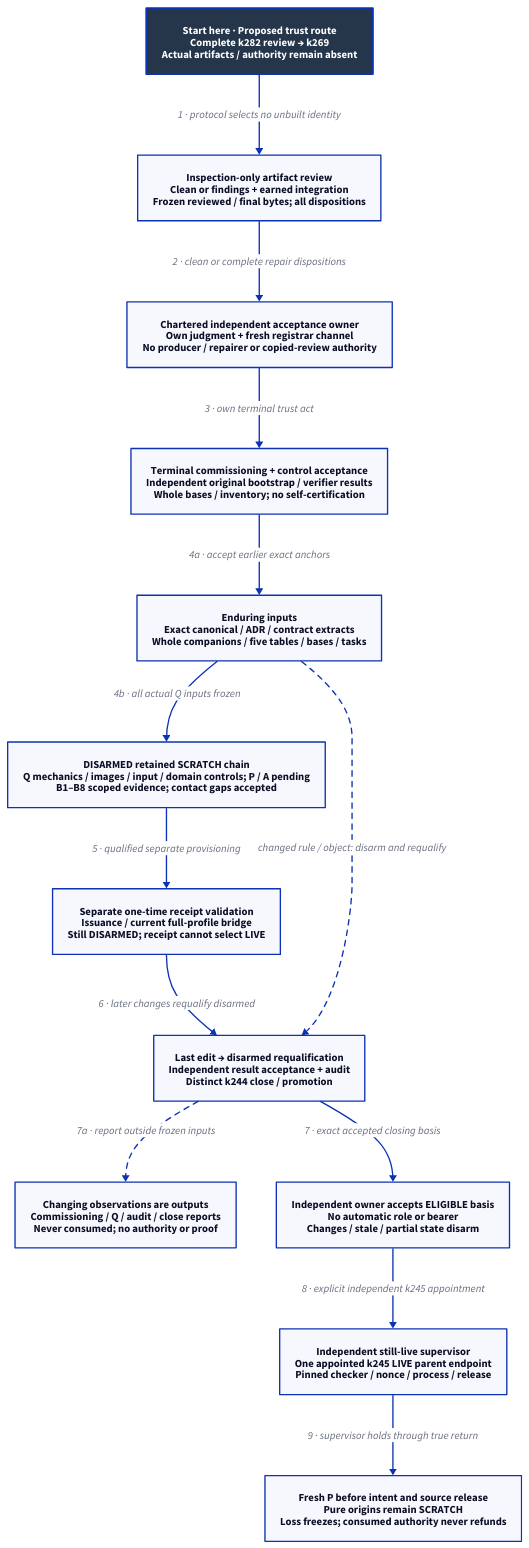
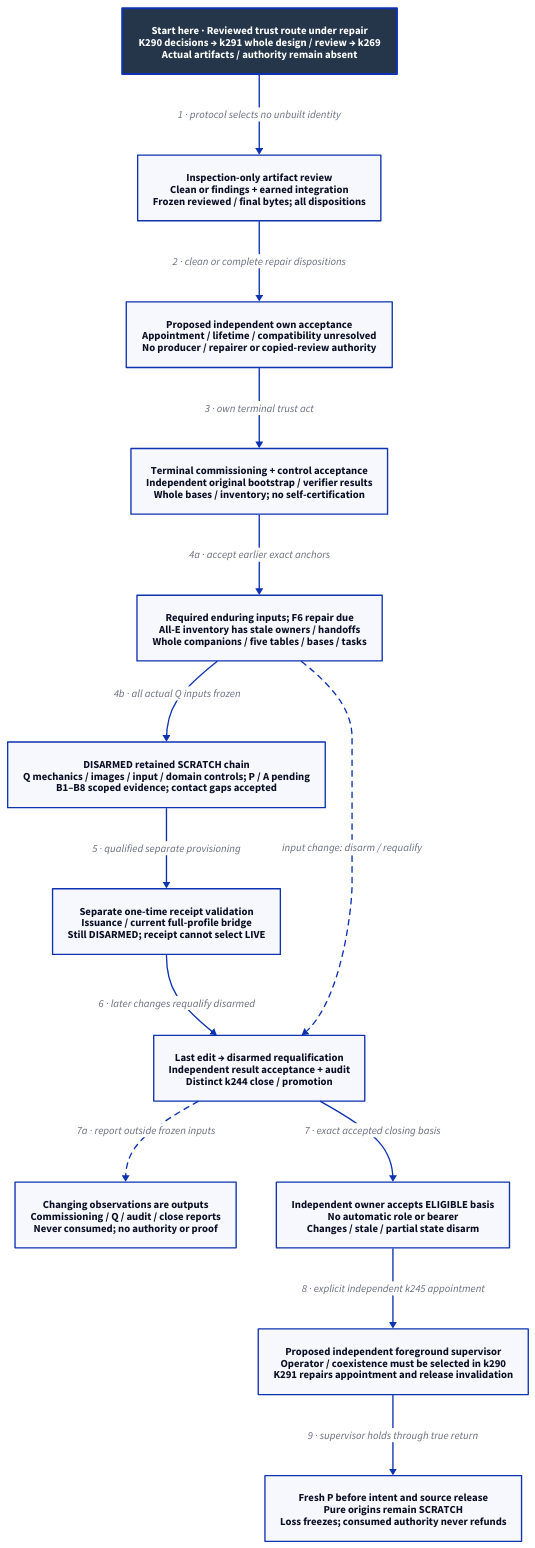
The diagram in docs/design/architecture/native-reference-proof.d2 (Linkuistics/Koine), drawn with D2 before and after one commit. The commit also changed 51 other files, not shown here.

Commit message:
Integrate admission review and queue bounded session-authority repair (reference-evidence-admission-completion-k289)

```diff
--- a/docs/design/architecture/native-reference-proof.d2
+++ b/docs/design/architecture/native-reference-proof.d2
@@ -1,29 +1,29 @@
 # Proposed dependency flow; root, tools and controls remain unqualified.
 direction: down
 classes: {
   start: {style: {fill: "#25364B"; font-color: "#FFFFFF"; bold: true; stroke-width: 3}}
 }
-Start: "Start here · Proposed trust route\nComplete k282 review → k269\nActual artifacts / authority remain absent" {class: start}
+Start: "Start here · Reviewed trust route under repair\nK290 decisions → k291 whole design / review → k269\nActual artifacts / authority remain absent" {class: start}
 Review: "Inspection-only artifact review\nClean or findings + earned integration\nFrozen reviewed / final bytes; all dispositions"
-Owner: "Chartered independent acceptance owner\nOwn judgment + fresh registrar channel\nNo producer / repairer or copied-review authority"
+Owner: "Proposed independent own acceptance\nAppointment / lifetime / compatibility unresolved\nNo producer / repairer or copied-review authority"
 Self: "Terminal commissioning + control acceptance\nIndependent original bootstrap / verifier results\nWhole bases / inventory; no self-certification"
 Qualification: "DISARMED retained SCRATCH chain\nQ mechanics / images / input / domain controls; P / A pending\nB1–B8 scoped evidence; contact gaps accepted"
-Inputs: "Enduring inputs\nExact canonical / ADR / contract extracts\nWhole companions / five tables / bases / tasks"
+Inputs: "Required enduring inputs; F6 repair due\nAll-E inventory has stale owners / handoffs\nWhole companions / five tables / bases / tasks"
 Report: "Changing observations are outputs\nCommissioning / Q / audit / close reports\nNever consumed; no authority or proof"
 Receipt: "Separate one-time receipt validation\nIssuance / current full-profile bridge\nStill DISARMED; receipt cannot select LIVE"
 Final: "Last edit → disarmed requalification\nIndependent result acceptance + audit\nDistinct k244 close / promotion"
 Release: "Independent owner accepts ELIGIBLE basis\nNo automatic role or bearer\nChanges / stale / partial state disarm"
-Channel: "Independent still-live supervisor\nOne appointed k245 LIVE parent endpoint\nPinned checker / nonce / process / release"
+Channel: "Proposed independent foreground supervisor\nOperator / coexistence must be selected in k290\nK291 repairs appointment and release invalidation"
 Boundary: "Fresh P before intent and source release\nPure origins remain SCRATCH\nLoss freezes; consumed authority never refunds"
 Start -> Review: "1 · protocol selects no unbuilt identity"
 Review -> Owner: "2 · clean or complete repair dispositions"
 Owner -> Self: "3 · own terminal trust act"
 Self -> Inputs: "4a · accept earlier exact anchors"
 Inputs -> Qualification: "4b · all actual Q inputs frozen"
 Qualification -> Receipt: "5 · qualified separate provisioning"
 Receipt -> Final: "6 · later changes requalify disarmed"
 Final -> Release: "7 · exact accepted closing basis"
 Final -> Report: "7a · report outside frozen inputs" {style.stroke-dash: 4}
-Inputs -> Final: "changed rule / object: disarm and requalify" {style.stroke-dash: 4}
+Inputs -> Final: "input change: disarm / requalify" {style.stroke-dash: 4}
 Release -> Channel: "8 · explicit independent k245 appointment"
 Channel -> Boundary: "9 · supervisor holds through true return"
```
